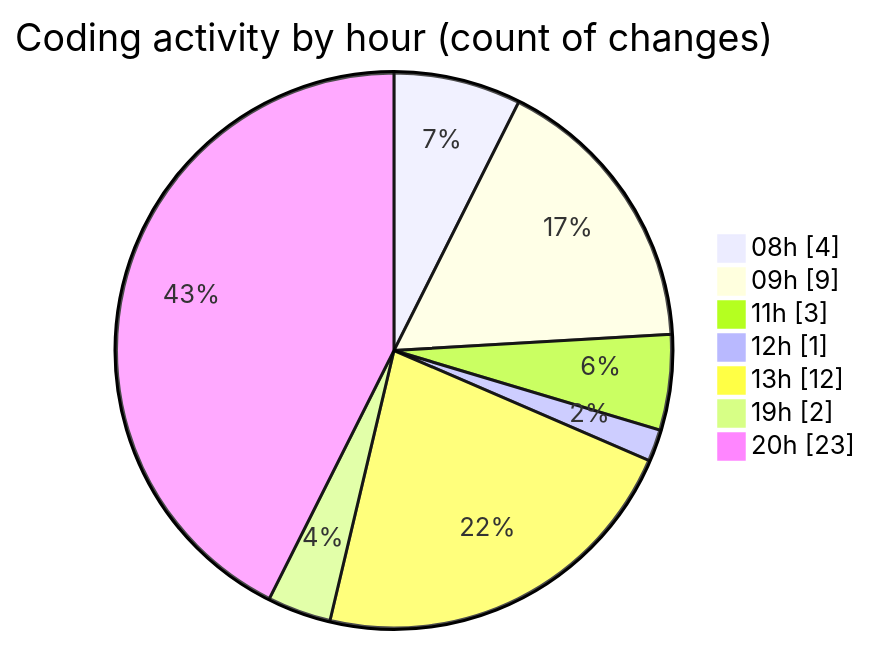
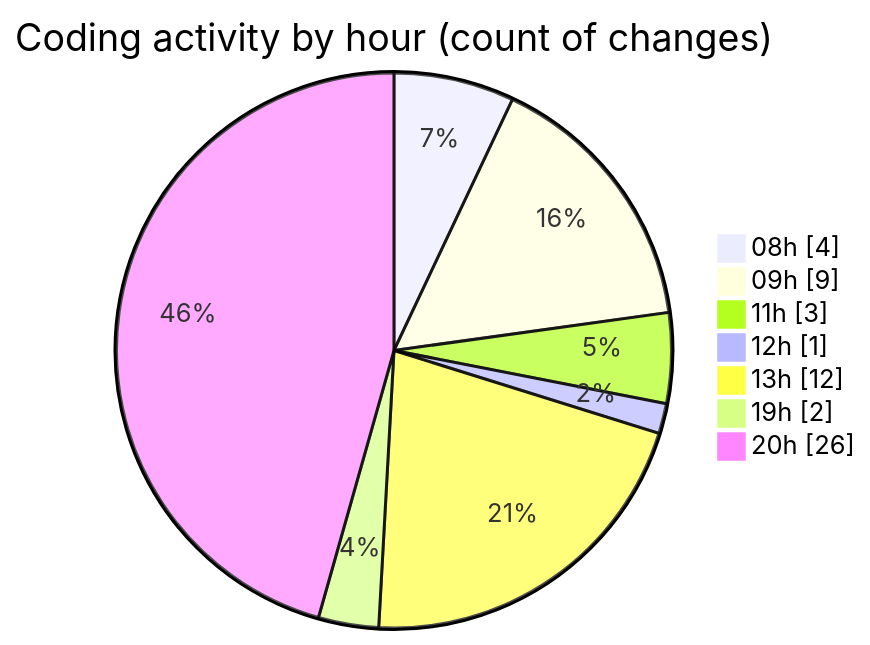
One commit to momahboobian/code-tracking changed the second of 2 diagrams in 2025-05-07/samplepdf/README.md. Above: the diagram before and after it, drawn with Mermaid. The commit also changed other lines of this file and 1 other file, not shown here.

````diff
--- a/2025-05-07/samplepdf/README.md
+++ b/2025-05-07/samplepdf/README.md
@@ -37,11 +38,11 @@
 ```mermaid
 pie showData
 title Coding activity by hour (count of changes)
 "08h" : 4
 "09h" : 9
 "11h" : 3
 "12h" : 1
 "13h" : 12
 "19h" : 2
-"20h" : 23
+"20h" : 26
 ```
````
